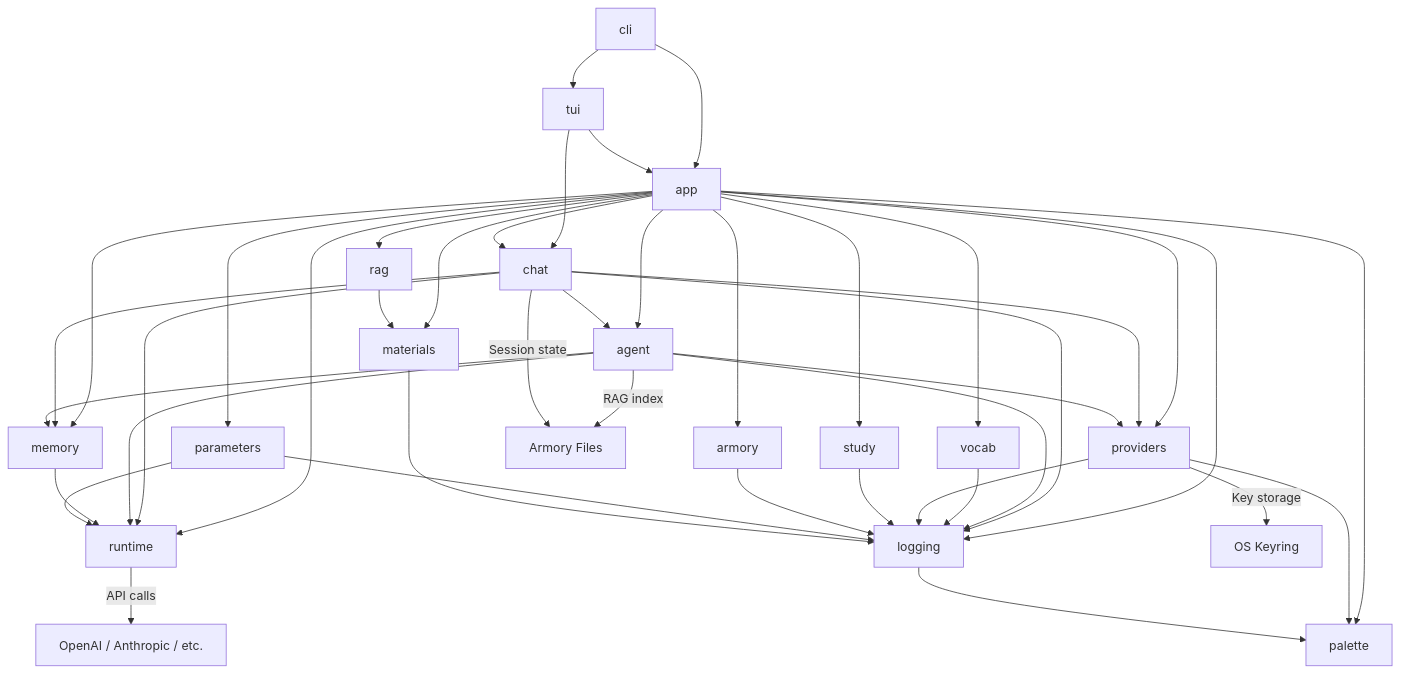
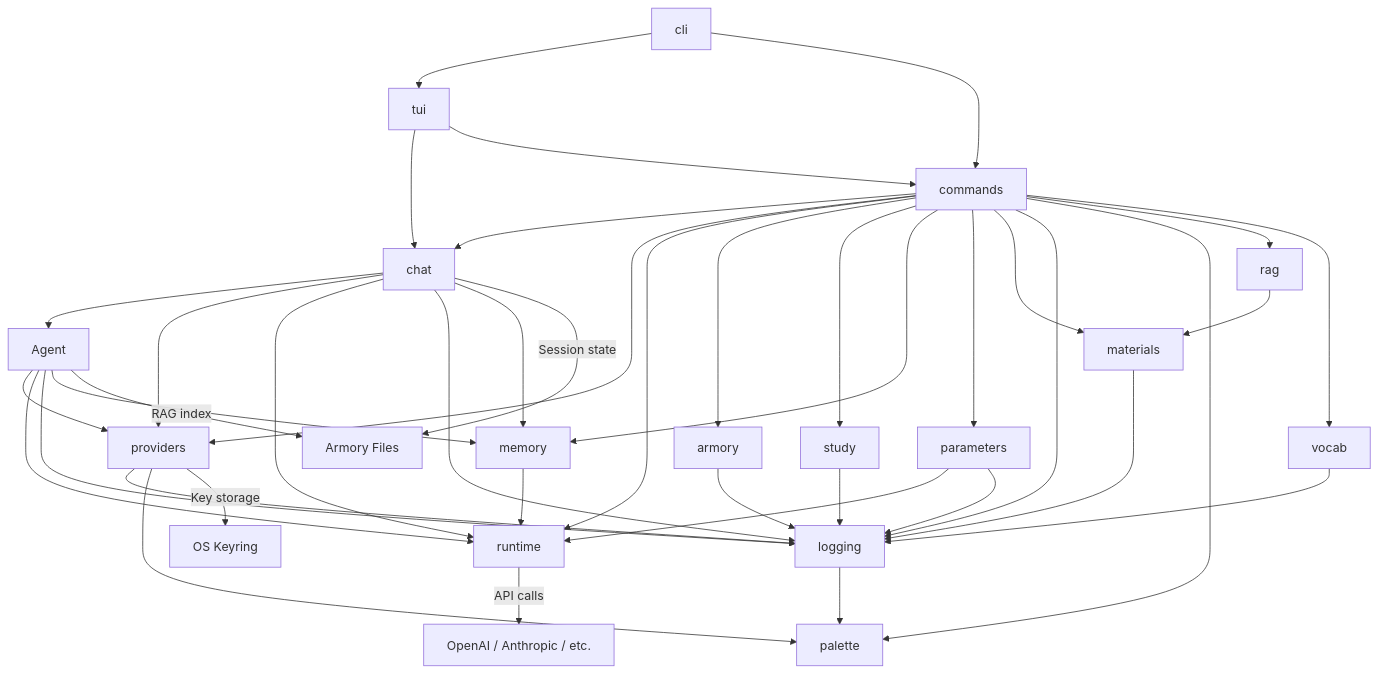
The first of 2 diagrams in docs/architecture.md (gildrb/heph), drawn with Mermaid before and after one commit. The commit also changed other lines of this file and 47 other files, not shown here.

````diff
--- a/docs/architecture.md
+++ b/docs/architecture.md
@@ -24,57 +24,56 @@
 ```mermaid
 graph TD
-    CLI[cli] --> App[app]
-    CLI --> TUI[tui]
-    TUI --> App
+    CLI[cli] --> TUI[tui]
+    CLI --> Commands[commands]
     TUI --> Chat[chat]
-    App[app] --> Chat
-    App --> Agent[agent]
-    App --> Providers[providers]
-    App --> Runtime[runtime]
-    App --> Armory[armory]
-    App --> Study[study]
-    App --> Memory[memory]
-    App --> Parameters[parameters]
-    App --> Materials[materials]
-    App --> Logging[logging]
-    App --> Palette[palette]
-    App --> RAG[rag]
-    App --> Vocab[vocab]
+    TUI --> Commands
+    Commands --> Chat
+    Commands --> Providers[providers]
+    Commands --> Runtime[runtime]
+    Commands --> Armory[armory]
+    Commands --> Study[study]
+    Commands --> Memory[memory]
+    Commands --> Parameters[parameters]
+    Commands --> Materials[materials]
+    Commands --> Logging[logging]
+    Commands --> Palette[palette]
+    Commands --> RAG[rag]
+    Commands --> Vocab[vocab]
 
     Chat --> Agent
     Chat --> Providers
     Chat --> Runtime
     Chat --> Logging
     Chat --> Memory
 
     Agent --> Providers
     Agent --> Runtime
     Agent --> Logging
     Agent --> Memory
 
     Memory --> Runtime
     Parameters --> Runtime
 
     RAG --> Materials
 
     Vocab --> Logging
 
     Providers --> Logging
     Providers --> Palette
 
     Study --> Logging
 
     Armory --> Logging
 
     Parameters --> Logging
 
     Materials --> Logging
 
     Logging --> Palette
 
     Runtime -->|API calls| LLM[OpenAI / Anthropic / etc.]
     Providers -->|Key storage| Keyring[OS Keyring]
 
     Agent -->|RAG index| FileStore[Armory Files]
     Chat -->|Session state| FileStore
 ```
````
